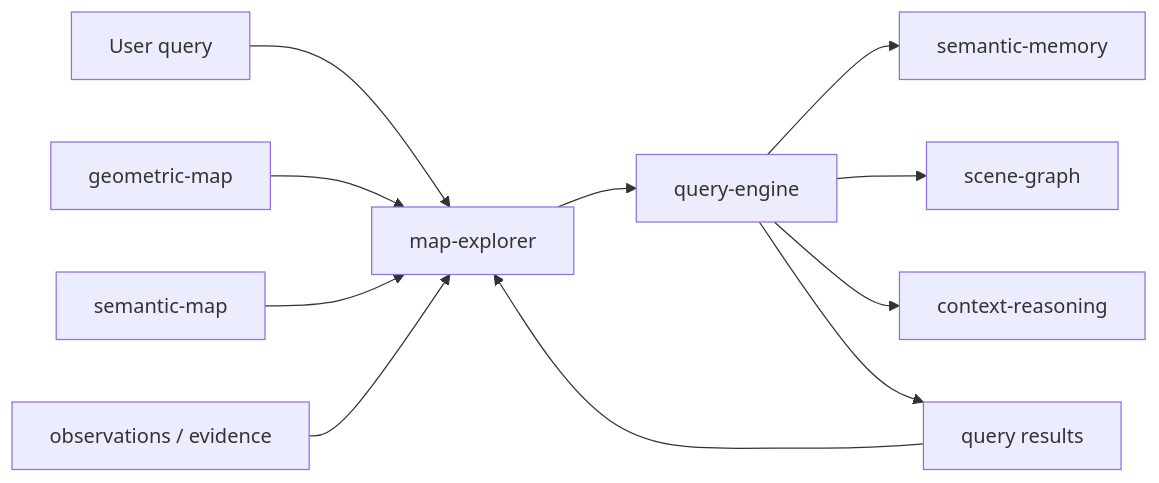
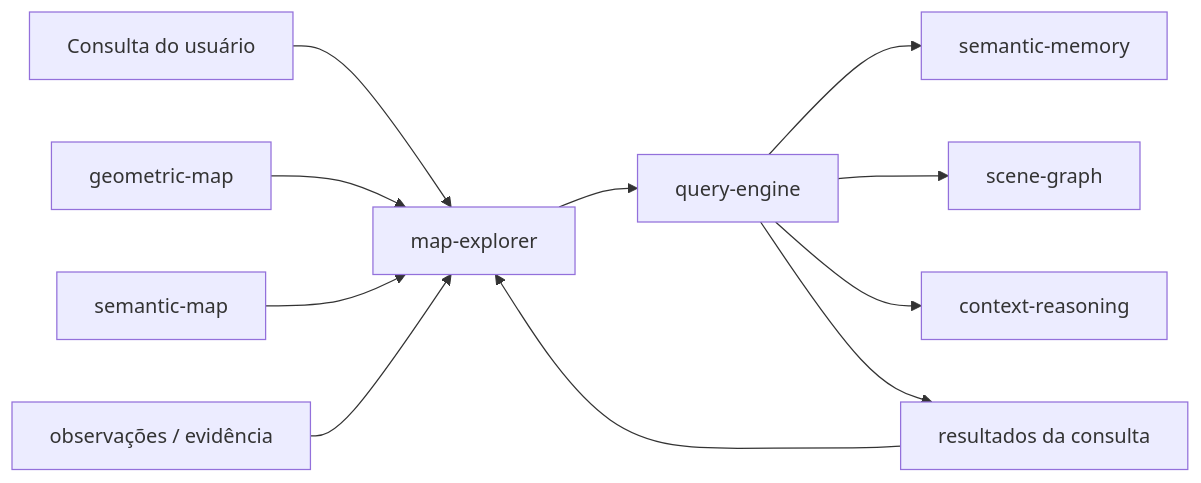
Before and after one commit to Alexandre-Tortoza/contextual-3d-mapping: the second of 2 diagrams in docs/system-flow.md, drawn with Mermaid. The commit also changed other lines of this file and 279 other files, not shown here.

````diff
--- a/docs/system-flow.md
+++ b/docs/system-flow.md
@@ -85,13 +85,13 @@
 ```mermaid
 flowchart LR
-    U[User query] --> EX[map-explorer]
+    U[Consulta do usuário] --> EX[map-explorer]
     EX --> QE[query-engine]
     QE --> SMEM[semantic-memory]
     QE --> SG[scene-graph]
     QE --> CR[context-reasoning]
-    QE --> R[query results]
+    QE --> R[resultados da consulta]
     R --> EX
     GM[geometric-map] --> EX
     SMAP[semantic-map] --> EX
-    OBS[observations / evidence] --> EX
+    OBS[observações / evidência] --> EX
 ```
````
